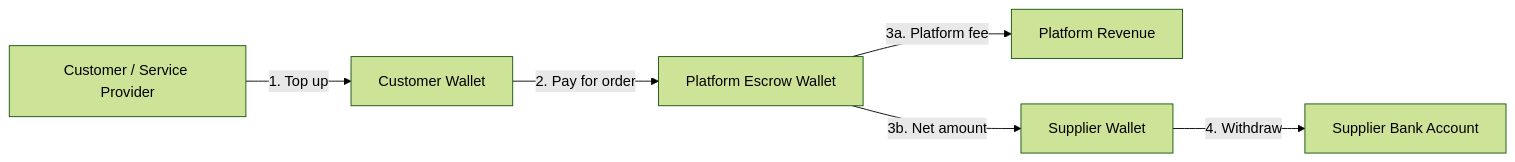
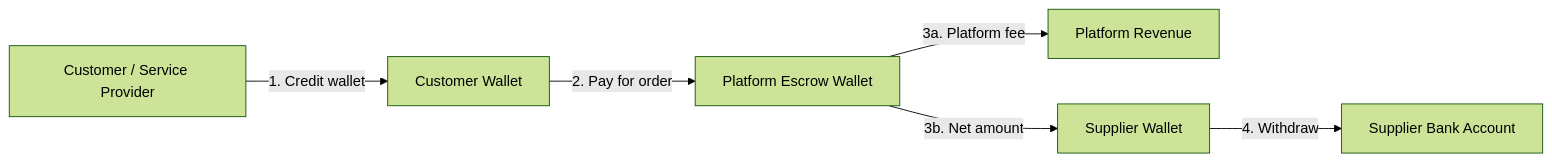
One commit to pranshus18/Tatva_Direct changed the second of 5 diagrams in docs/WALLET_SYSTEM_GUIDE.md. Above: the diagram before and after it, drawn with Mermaid (forest theme). The commit also changed other lines of this file and 21 other files, not shown here.

````diff
--- a/docs/WALLET_SYSTEM_GUIDE.md
+++ b/docs/WALLET_SYSTEM_GUIDE.md
@@ -298,8 +298,8 @@
 ```mermaid
 flowchart LR
-  A[Customer / Service Provider] -->|1. Top up| B[Customer Wallet]
+  A[Customer / Service Provider] -->|1. Credit wallet| B[Customer Wallet]
   B -->|2. Pay for order| C[Platform Escrow Wallet]
   C -->|3a. Platform fee| E[Platform Revenue]
   C -->|3b. Net amount| D[Supplier Wallet]
   D -->|4. Withdraw| F[Supplier Bank Account]
 ```
````
